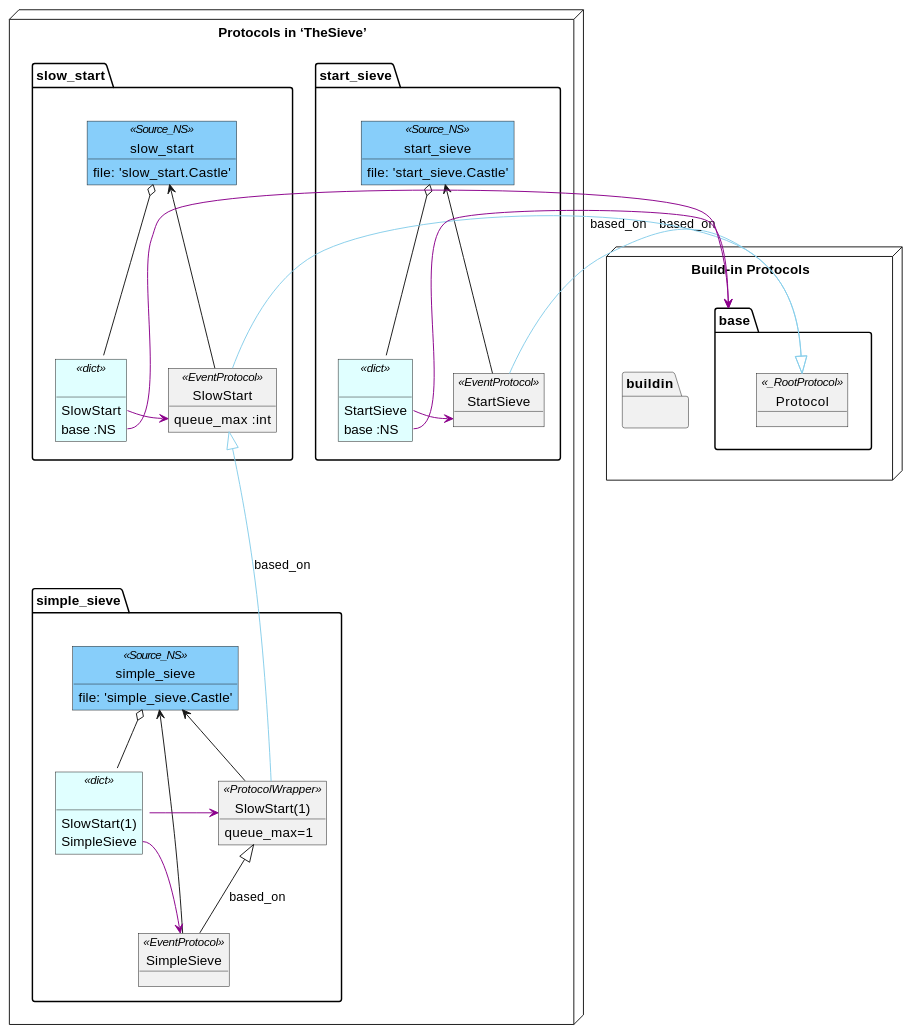
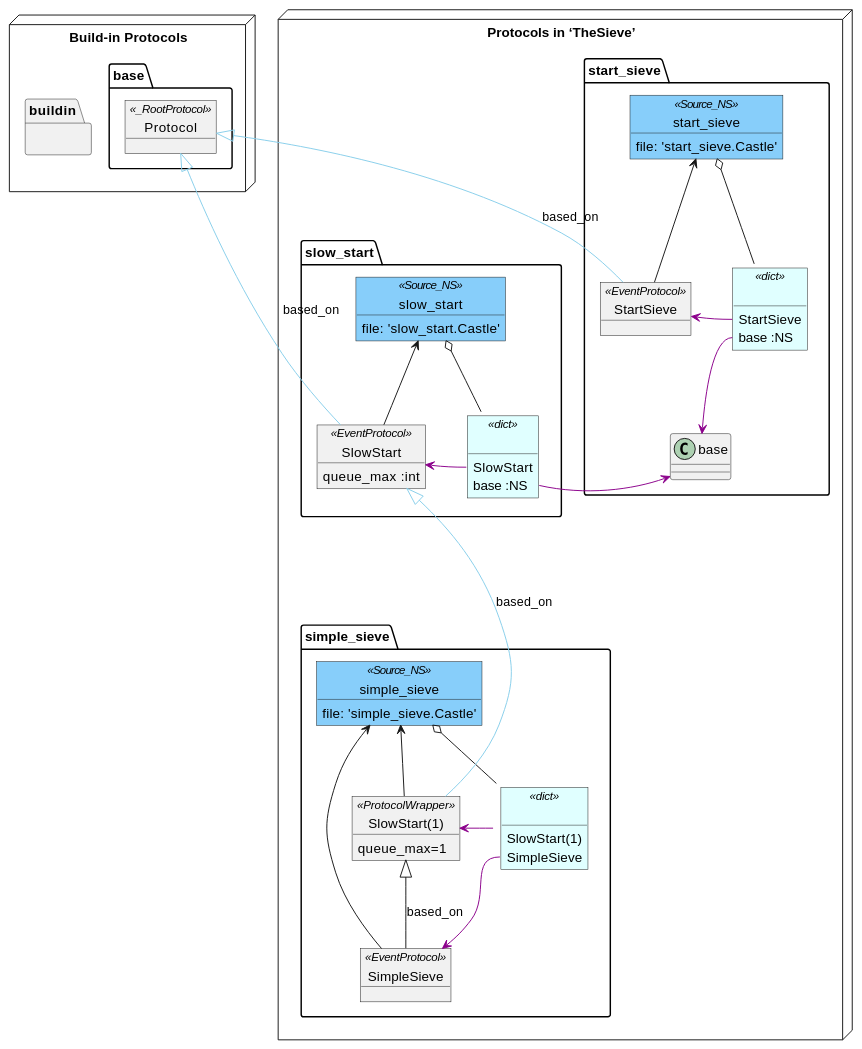
One commit to AlbertMietus/DocIdeas.hg changed the diagram in CCastle/DocParts/Design/231016_NS.rst. Above: the diagram before and after it, drawn with PlantUML.

Commit message:
refactor (DesignDiagram) added sub-NS'ses

```diff
--- a/CCastle/DocParts/Design/231016_NS.rst
+++ b/CCastle/DocParts/Design/231016_NS.rst
@@ -4,76 +4,76 @@
 .. uml::
 
    @startuml
 
    package "Protocols in ‘TheSieve’" as P1 <<Node>> {
 
       package start_sieve as P1A {
          object start_sieve <<Source_NS>> #LightSkyBlue {
            file: 'start_sieve.Castle'
          }
          object " " as P1A_d <<dict>> #lightcyan {
            StartSieve
            base :NS
          }
          object StartSieve <<EventProtocol>>
 
          start_sieve          o--  P1A_d
          start_sieve          <--  StartSieve
          P1A_d::StartSieve    ->   StartSieve #DarkMagenta
+         P1A_d::base          -->  base       #DarkMagenta
       }
 
       package slow_start as P1B {
          object slow_start <<Source_NS>> #LightSkyBlue {
            file: 'slow_start.Castle'
          }
          object " " as P1B_d <<dict>> #lightcyan {
            SlowStart
            base :NS
          }
          object SlowStart  <<EventProtocol>> {
            queue_max :int
          }
 
          slow_start           o--  P1B_d
          slow_start           <--  SlowStart
          P1B_d::SlowStart     ->   SlowStart #DarkMagenta
+         P1B_d::base          ->   base  #DarkMagenta
       }
 
       package simple_sieve as P1C {
          object simple_sieve <<Source_NS>> #LightSkyBlue {
            file: 'simple_sieve.Castle'
          }
          object " " as P1C_d <<dict>> #lightcyan {
            SlowStart(1)
            SimpleSieve
          }
          object "SlowStart(1)" as SlowStart_1 <<ProtocolWrapper>> {
             queue_max=1
          }
          object SimpleSieve <<EventProtocol>>
          SlowStart_1 <|-- SimpleSieve: based_on
 
          simple_sieve         o--  P1C_d
          simple_sieve         <--  SlowStart_1
          simple_sieve         <--- SimpleSieve
          P1C_d::SlowStart_1   ->   SlowStart_1 #DarkMagenta
          P1C_d::SimpleSieve   ->   SimpleSieve #DarkMagenta
       }
 
       SlowStart   <|---- SlowStart_1 #SkyBlue : based_on
    }
 
-   package "Build-in Protocols" as P4 <<Node>> {
+   package "Build-in Protocols" as P2 <<Node>> {
       package base {
          object Protocol <<_RootProtocol>>
       }
       package buildin {
       }
    }
+
    Protocol  <|--  StartSieve #SkyBlue : based_on
    Protocol  <|--  SlowStart  #SkyBlue : based_on
 
-   P1A_d::base  -> base #DarkMagenta
-   P1B_d::base  -> base #DarkMagenta
-
    @enduml
```
